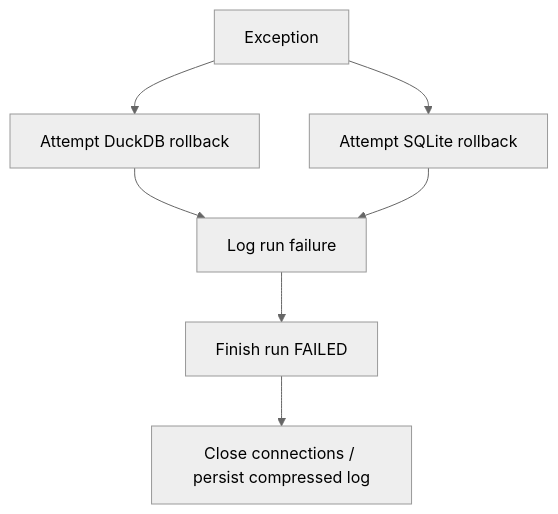
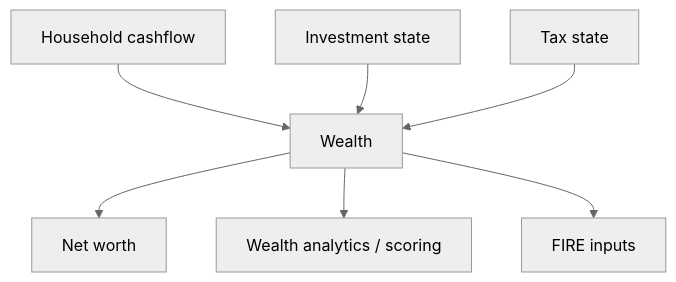
One commit to tks18/personal-finance-etl changed diagram 11 of 16 in docs/architecture/system-architecture.md. Above: the diagram before and after it, drawn with Mermaid (neutral theme). The commit also changed other lines of this file and 10 other files, not shown here.

Commit message:
docs: update docs/architecture for latest version

````diff
--- a/docs/architecture/system-architecture.md
+++ b/docs/architecture/system-architecture.md
@@ -504,9 +364,9 @@
 ```mermaid
 flowchart TD
-    ERR[Exception] --> DR[Attempt DuckDB rollback]
-    ERR --> SR[Attempt SQLite rollback]
-    DR --> LOG[Log run failure]
-    SR --> LOG
-    LOG --> FAIL[Finish run FAILED]
-    FAIL --> CLEAN[Close connections / persist compressed log]
+    HH[Household cashflow] --> W[Wealth]
+    INV[Investment state] --> W
+    TAX[Tax state] --> W
+    W --> NW[Net worth]
+    W --> SCORE[Wealth analytics / scoring]
+    W --> FIRE[FIRE inputs]
 ```
````
